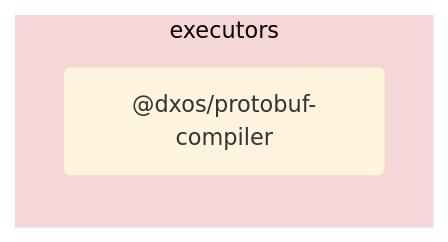
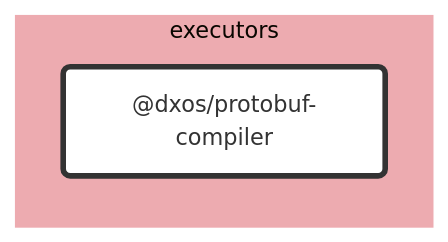
One commit to dxos/dxos changed the diagram in tools/executors/protobuf-compiler/docs/README.md. Above: the diagram before and after it, drawn with Mermaid (base theme). The commit also changed other lines of this file and 89 other files, not shown here.

````diff
--- a/tools/executors/protobuf-compiler/docs/README.md
+++ b/tools/executors/protobuf-compiler/docs/README.md
@@ -5,9 +7,25 @@
 ```mermaid
-flowchart LR;
+%%{ init: {'flowchart':{'curve':'basis'}} }%%
 
+flowchart LR
+
+%% Links
+
+%% Sections
 subgraph executors
-  style executors fill:#f5d6d9,stroke:#fff;
-  dxos/protobuf-compiler("@dxos/protobuf-compiler");
+  style executors fill:#edabb0,stroke:#fff;
+
+  dxos/protobuf-compiler("@dxos/protobuf-compiler")
 end
 
+
+%% Hyperlinks
+
+%% Styles
+classDef rootNode fill:#fff,stroke:#333,stroke-width:4px
+classDef defaultNode fill:#fff,stroke:#333,stroke-width:1px
+linkStyle default stroke:#333,stroke-width:1px
+
+dxos/protobuf-compiler:::rootNode
+
 ```
````
